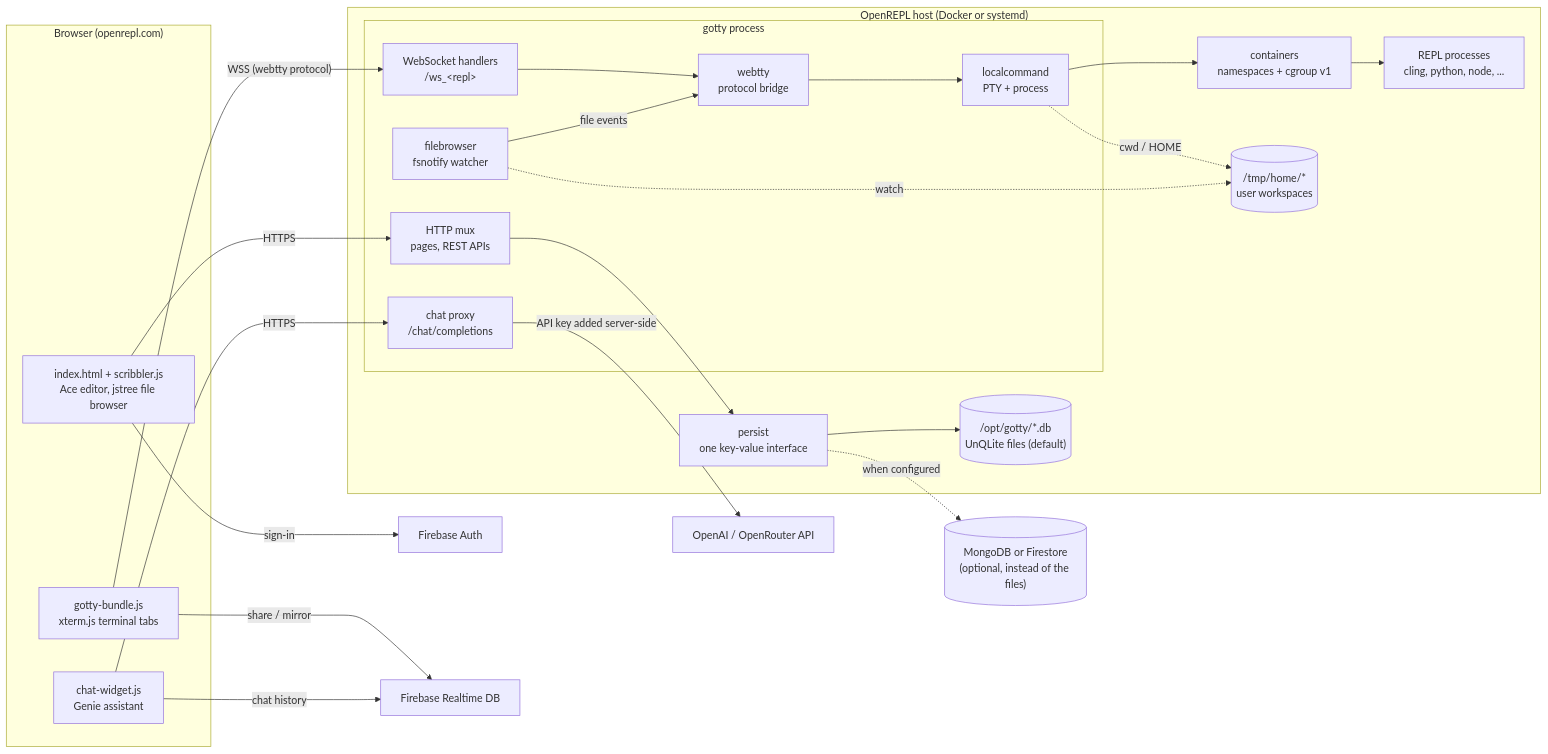
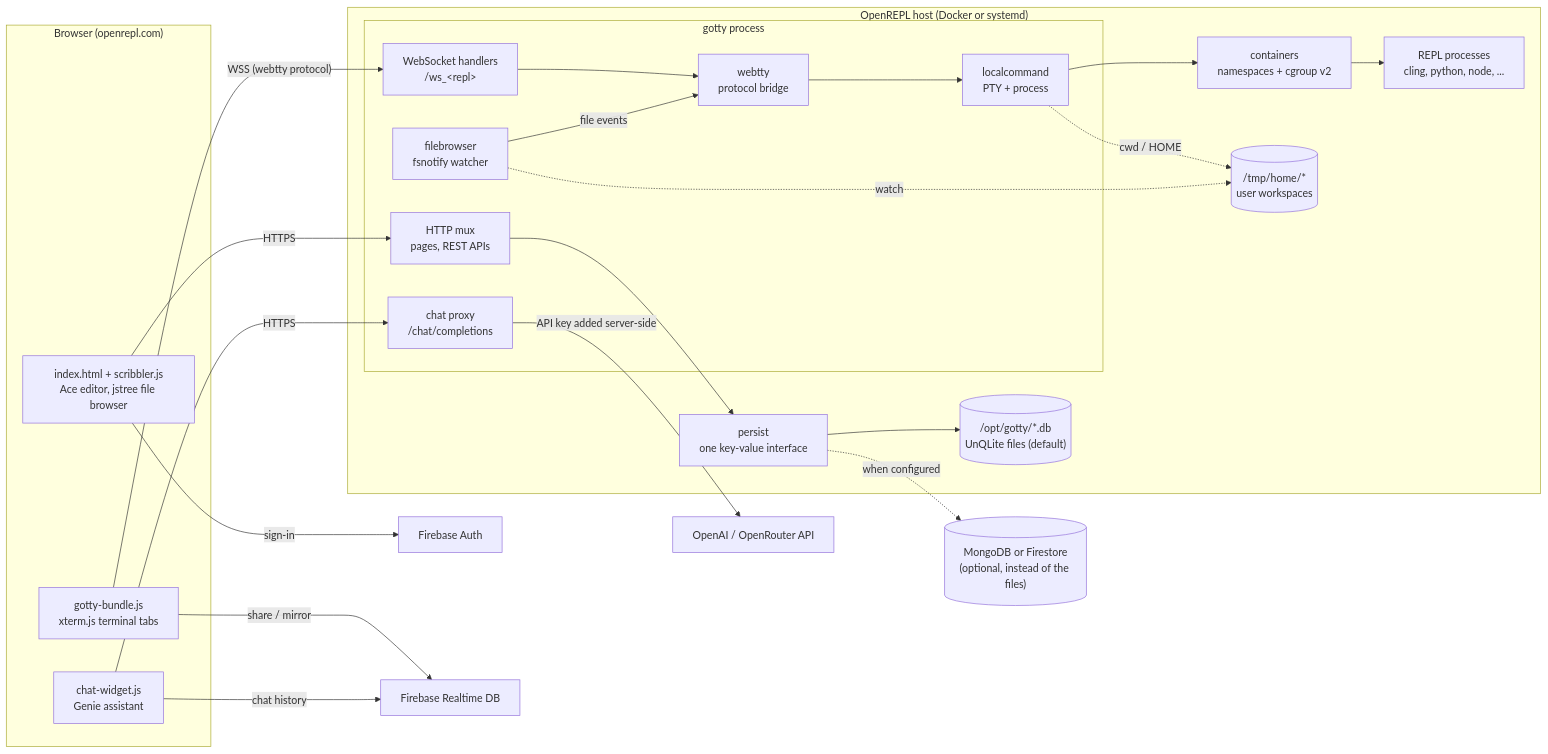
Before and after one commit to vickeykumar/openrepl: the second of 4 diagrams in README.md, drawn with Mermaid. The commit also changed other lines of this file and 819 other files, not shown here.

````diff
--- a/README.md
+++ b/README.md
@@ -488,43 +488,43 @@
 ```mermaid
 flowchart LR
     subgraph Browser["Browser (openrepl.com)"]
         UI["index.html + scribbler.js<br/>Ace editor, jstree file browser"]
         TERM["gotty-bundle.js<br/>xterm.js terminal tabs"]
         CHAT["chat-widget.js<br/>Genie assistant"]
     end
 
     subgraph Host["OpenREPL host (Docker or systemd)"]
         subgraph GOTTY["gotty process"]
             HTTP["HTTP mux<br/>pages, REST APIs"]
             WS["WebSocket handlers<br/>/ws_&lt;repl&gt;"]
             WT["webtty<br/>protocol bridge"]
             LC["localcommand<br/>PTY + process"]
             FB["filebrowser<br/>fsnotify watcher"]
             CP["chat proxy<br/>/chat/completions"]
         end
-        CG["containers<br/>namespaces + cgroup v1"]
+        CG["containers<br/>namespaces + cgroup v2"]
         REPL["REPL processes<br/>cling, python, node, ..."]
         FS[("/tmp/home/*<br/>user workspaces")]
         PS["persist<br/>one key-value interface"]
         DB[("/opt/gotty/*.db<br/>UnQLite files (default)")]
     end
 
     RDB[("MongoDB or Firestore<br/>(optional, instead of the files)")]
     FAUTH["Firebase Auth"]
     FRTDB["Firebase Realtime DB"]
     OAI["OpenAI / OpenRouter API"]
 
     UI -- "HTTPS" --> HTTP
     TERM -- "WSS (webtty protocol)" --> WS
     WS --> WT --> LC --> CG --> REPL
     LC -. "cwd / HOME" .-> FS
     FB -. "watch" .-> FS
     FB -- "file events" --> WT
     HTTP --> PS
     PS --> DB
     PS -. "when configured" .-> RDB
     CHAT -- "HTTPS" --> CP -- "API key added server-side" --> OAI
     UI -- "sign-in" --> FAUTH
     TERM -- "share / mirror" --> FRTDB
     CHAT -- "chat history" --> FRTDB
 ```
````
